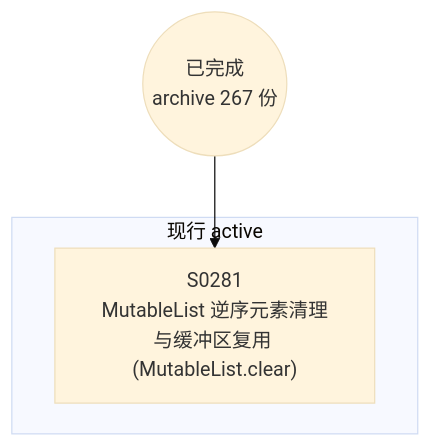
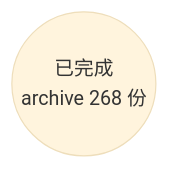
One commit to Halckon/Koven changed the diagram in docs/specs/dependency-graph.md. Above: the diagram before and after it, drawn with Mermaid (base theme). The commit also changed other lines of this file and 7 other files, not shown here.

Commit message:
docs(spec-0281): archive MutableList.clear specification (SPEC-0281)

````diff
--- a/docs/specs/dependency-graph.md
+++ b/docs/specs/dependency-graph.md
@@ -9,8 +9,4 @@
 ```mermaid
 flowchart TD
-ARCH(("已完成<br/>archive 267 份"))
-subgraph Gactive["现行 active"]
-  S0281["S0281<br/>MutableList 逆序元素清理与缓冲区复用 (MutableList.clear)"]
-end
-ARCH --> S0281
+ARCH(("已完成<br/>archive 268 份"))
 ```
````
